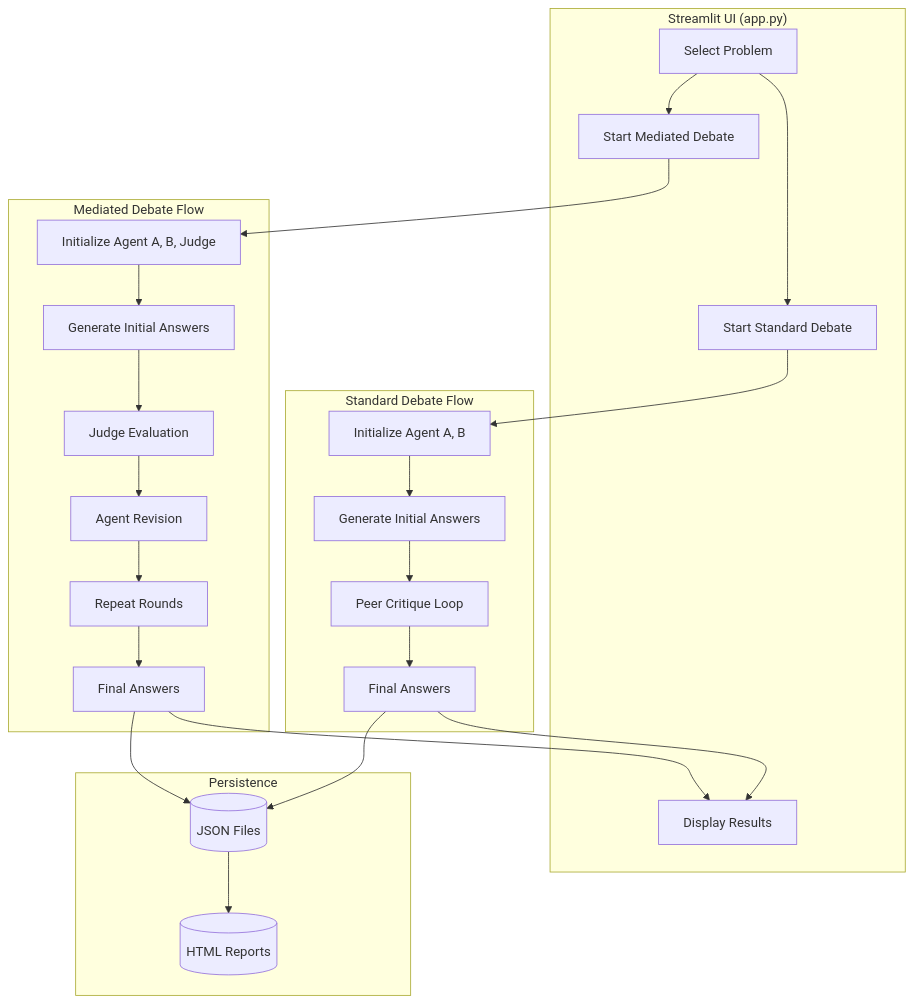
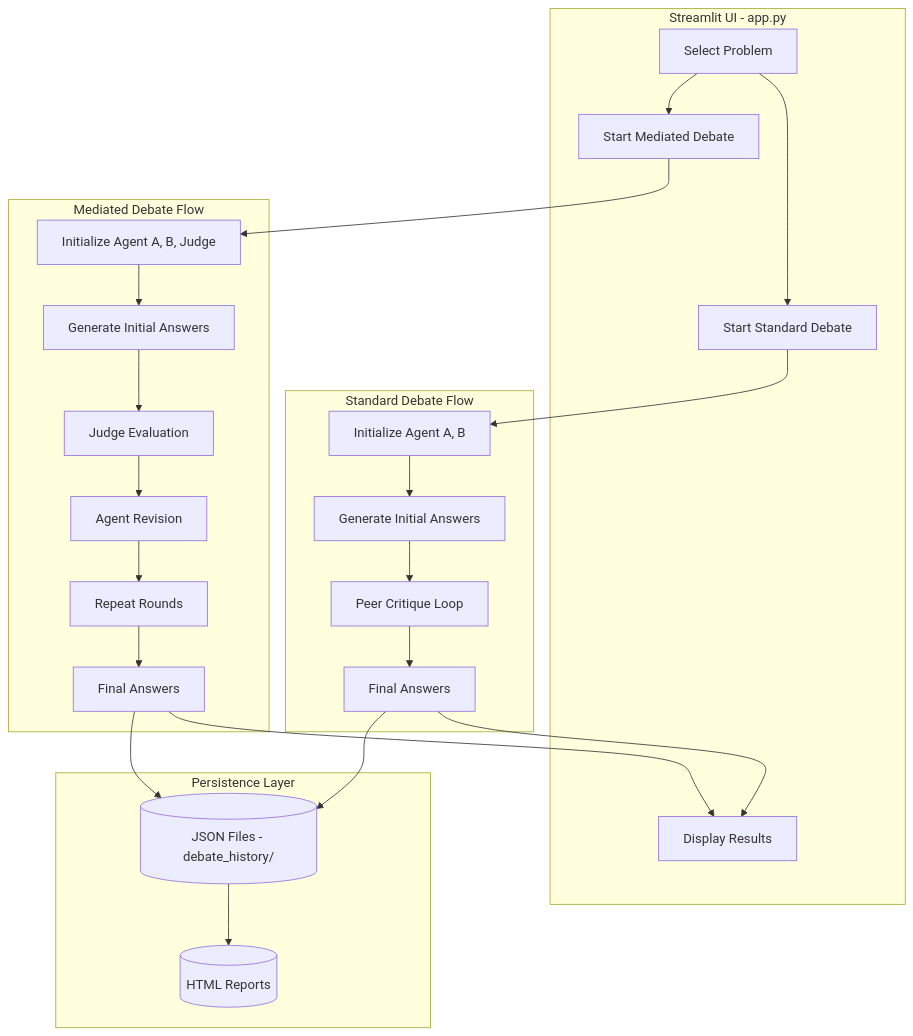
Diagram 15 of 22 in README.md (mikenk2010/COSC3009-Intelligent-Decision-Making-Advanced-IDM-Algorithm-Design), drawn with Mermaid before and after one commit. The commit also changed other lines of this file and 1 other file, not shown here.

Commit message:
Final report

````diff
--- a/README.md
+++ b/README.md
@@ -447,37 +577,37 @@
 ```mermaid
 flowchart TB
-    subgraph UI["Streamlit UI (app.py)"]
-        SELECT[Select Problem]
-        BTN1[Start Standard Debate]
-        BTN2[Start Mediated Debate]
-        DISPLAY[Display Results]
+    subgraph UI["Streamlit UI - app.py"]
+        SELECT["Select Problem"]
+        BTN1["Start Standard Debate"]
+        BTN2["Start Mediated Debate"]
+        DISPLAY["Display Results"]
     end
 
     subgraph Standard["Standard Debate Flow"]
-        S1[Initialize Agent A, B]
-        S2[Generate Initial Answers]
-        S3[Peer Critique Loop]
-        S4[Final Answers]
+        S1["Initialize Agent A, B"]
+        S2["Generate Initial Answers"]
+        S3["Peer Critique Loop"]
+        S4["Final Answers"]
     end
 
     subgraph Mediated["Mediated Debate Flow"]
-        M1[Initialize Agent A, B, Judge]
-        M2[Generate Initial Answers]
-        M3[Judge Evaluation]
-        M4[Agent Revision]
-        M5[Repeat Rounds]
-        M6[Final Answers]
+        M1["Initialize Agent A, B, Judge"]
+        M2["Generate Initial Answers"]
+        M3["Judge Evaluation"]
+        M4["Agent Revision"]
+        M5["Repeat Rounds"]
+        M6["Final Answers"]
     end
 
-    subgraph Storage["Persistence"]
-        JSON[(JSON Files)]
-        HTML[(HTML Reports)]
+    subgraph Storage["Persistence Layer"]
+        JSON[("JSON Files - debate_history/")]
+        HTML[("HTML Reports")]
     end
 
     SELECT --> BTN1 --> S1 --> S2 --> S3 --> S4 --> DISPLAY
     SELECT --> BTN2 --> M1 --> M2 --> M3 --> M4 --> M5 --> M6 --> DISPLAY
 
     S4 --> JSON
     M6 --> JSON
     JSON --> HTML
 ```
````
